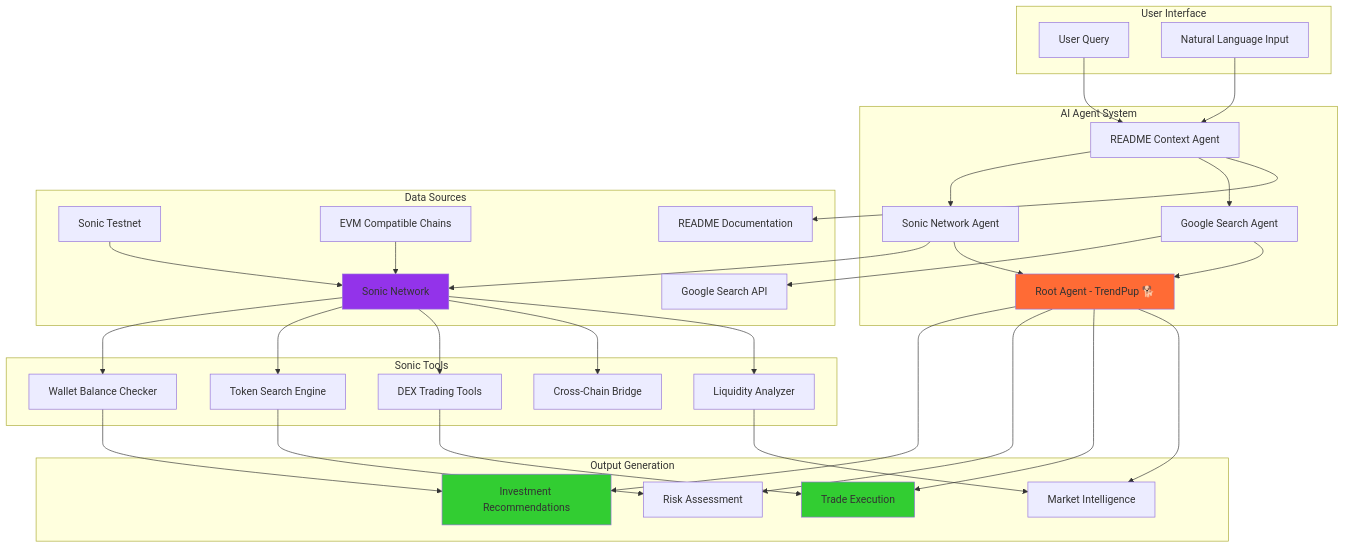
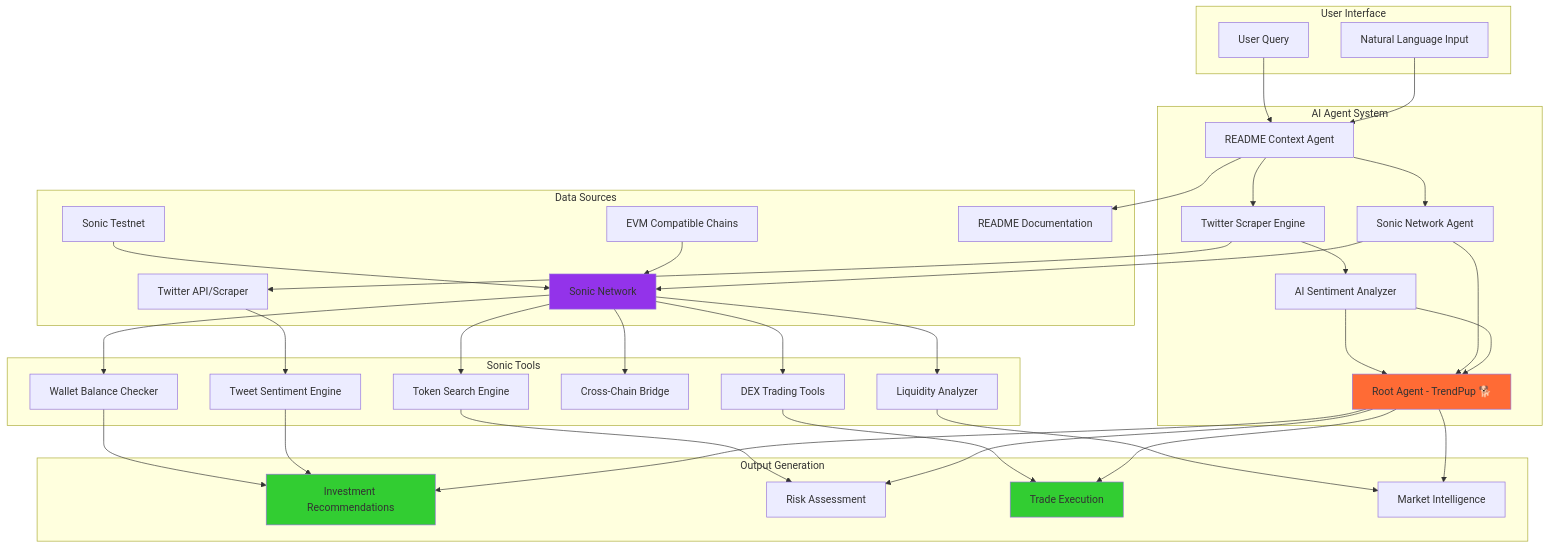
The first of 8 diagrams in README.md (Spydiecy/Trendpup_Sonic), drawn with Mermaid before and after one commit. The commit also changed other lines of this file and 1 other file, not shown here.

````diff
--- a/README.md
+++ b/README.md
@@ -212,71 +169,77 @@
 ```mermaid
 flowchart TB
     subgraph "User Interface"
         A[User Query]
         B[Natural Language Input]
     end
     
     subgraph "AI Agent System"
         C[README Context Agent]
         D[Sonic Network Agent]
-        E[Google Search Agent]
-        F[Root Agent - TrendPup 🐕]
+        E[Twitter Scraper Engine]
+        F[AI Sentiment Analyzer]
+        G[Root Agent - TrendPup 🐕]
     end
     
     subgraph "Data Sources"
-        G[Sonic Network]
-        H[Sonic Testnet]
-        I[EVM Compatible Chains]
-        J[Google Search API]
-        K[README Documentation]
+        H[Sonic Network]
+        I[Sonic Testnet]
+        J[EVM Compatible Chains]
+        K[Twitter API/Scraper]
+        L[README Documentation]
     end
     
     subgraph "Sonic Tools"
-        L[Wallet Balance Checker]
-        M[Token Search Engine]
-        N[DEX Trading Tools]
-        O[Cross-Chain Bridge]
-        P[Liquidity Analyzer]
+        M[Wallet Balance Checker]
+        N[Token Search Engine]
+        O[DEX Trading Tools]
+        P[Cross-Chain Bridge]
+        Q[Liquidity Analyzer]
+        R[Tweet Sentiment Engine]
     end
     
     subgraph "Output Generation"
-        Q[Investment Recommendations]
-        R[Risk Assessment]
-        S[Trade Execution]
-        T[Market Intelligence]
+        S[Investment Recommendations]
+        T[Risk Assessment]
+        U[Trade Execution]
+        V[Market Intelligence]
     end
     
     A --> C
     B --> C
     C --> D
     C --> E
+    D --> H
+    E --> K
+    F --> G
+    C --> L
+    
+    H --> M
+    H --> N
+    H --> O
+    H --> P
+    H --> Q
+    K --> R
+    
+    I --> H
+    J --> H
+    
     D --> G
-    E --> J
-    C --> K
+    E --> F
+    F --> G
+    M --> S
+    N --> T
+    O --> U
+    Q --> V
+    R --> S
     
-    G --> L
-    G --> M
-    G --> N
-    G --> O
-    G --> P
+    G --> S
+    G --> T
+    G --> U
+    G --> V
     
-    H --> G
-    I --> G
-    
-    D --> F
-    E --> F
-    L --> Q
-    M --> R
-    N --> S
-    P --> T
-    
-    F --> Q
-    F --> R
-    F --> S
-    F --> T
-    
-    style F fill:#ff6b35
-    style G fill:#9333ea
-    style Q fill:#32cd32
+    style G fill:#ff6b35
+    style H fill:#9333ea
     style S fill:#32cd32
+    style U fill:#32cd32
 ```
````
